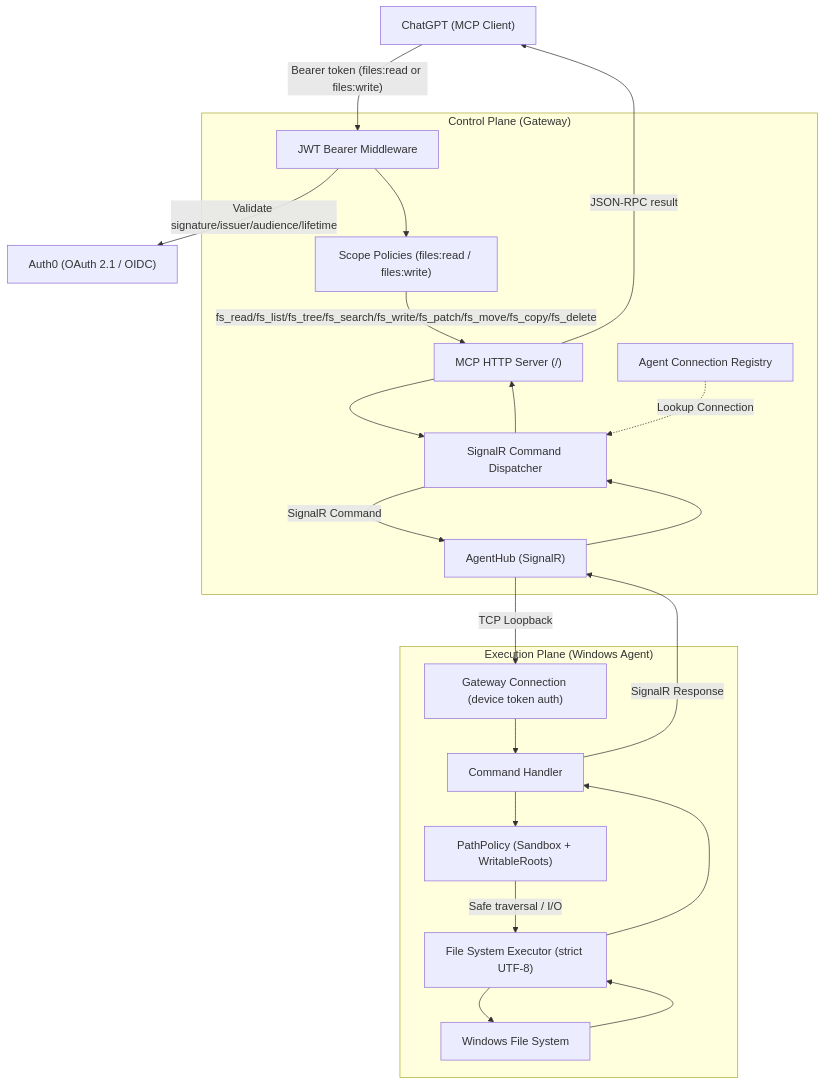
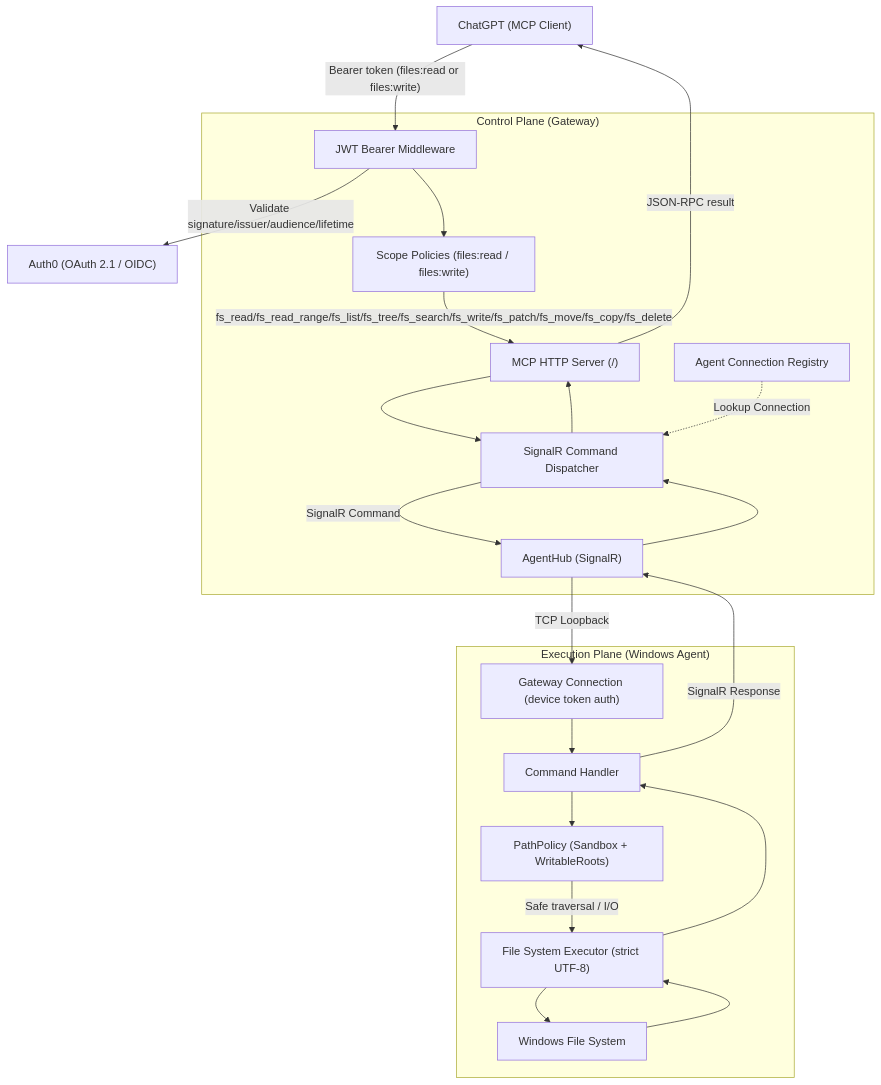
Before and after one commit to thanhdiner/Agent-Bridge: the diagram in README.md, drawn with Mermaid. The commit also changed other lines of this file and 13 other files, not shown here.

````diff
--- a/README.md
+++ b/README.md
@@ -9,41 +9,41 @@
 ```mermaid
 graph TD
     Client["ChatGPT (MCP Client)"]
     Auth0["Auth0 (OAuth 2.1 / OIDC)"]
 
     subgraph ControlPlane["Control Plane (Gateway)"]
         McpServer["MCP HTTP Server (/)"]
         Registry["Agent Connection Registry"]
         Dispatcher["SignalR Command Dispatcher"]
         Hub["AgentHub (SignalR)"]
         JwtMiddleware["JWT Bearer Middleware"]
         ScopePolicies["Scope Policies (files:read / files:write)"]
     end
 
     subgraph ExecutionPlane["Execution Plane (Windows Agent)"]
         Conn["Gateway Connection (device token auth)"]
         Handler["Command Handler"]
         Sandbox["PathPolicy (Sandbox + WritableRoots)"]
         Executor["File System Executor (strict UTF-8)"]
         Disk["Windows File System"]
     end
 
     Client -->|"Bearer token (files:read or files:write)"| JwtMiddleware
     JwtMiddleware -->|Validate signature/issuer/audience/lifetime| Auth0
     JwtMiddleware --> ScopePolicies
-    ScopePolicies -->|fs_read/fs_list/fs_tree/fs_search/fs_write/fs_patch/fs_move/fs_copy/fs_delete| McpServer
+    ScopePolicies -->|fs_read/fs_read_range/fs_list/fs_tree/fs_search/fs_write/fs_patch/fs_move/fs_copy/fs_delete| McpServer
     McpServer --> Dispatcher
     Registry -.->|Lookup Connection| Dispatcher
     Dispatcher -->|SignalR Command| Hub
     Hub -->|TCP Loopback| Conn
     Conn --> Handler
     Handler --> Sandbox
     Sandbox -->|Safe traversal / I/O| Executor
     Executor --> Disk
     Disk --> Executor
     Executor --> Handler
     Handler -->|SignalR Response| Hub
     Hub --> Dispatcher
     Dispatcher --> McpServer
     McpServer -->|JSON-RPC result| Client
 ```
````
